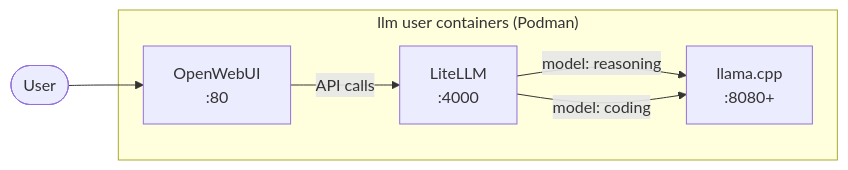
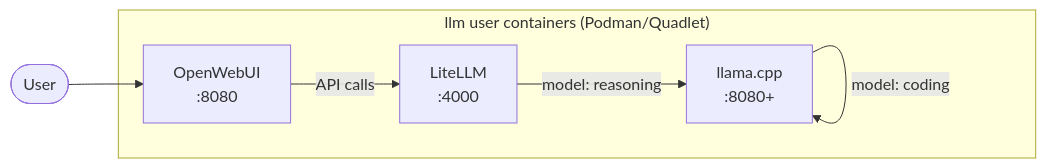
Before and after one commit to edepree/llm: the diagram in README.md, drawn with Mermaid. The commit also changed other lines of this file and 5 other files, not shown here.

````diff
--- a/README.md
+++ b/README.md
@@ -7,14 +7,14 @@
 ```mermaid
 graph LR
-    user([User]) --> openwebui["OpenWebUI\n:80"]
+    user([User]) --> openwebui["OpenWebUI\n:8080"]
 
-    subgraph llm["llm user containers (Podman)"]
+    subgraph llm["llm user containers (Podman/Quadlet)"]
         openwebui
         litellm["LiteLLM\n:4000"]
         llama["llama.cpp\n:8080+"]
     end
 
     openwebui -->|API calls| litellm
     litellm -->|model: reasoning| llama
-    litellm -->|model: coding| llama
+    llama -->|model: coding| llama
 ```
````
